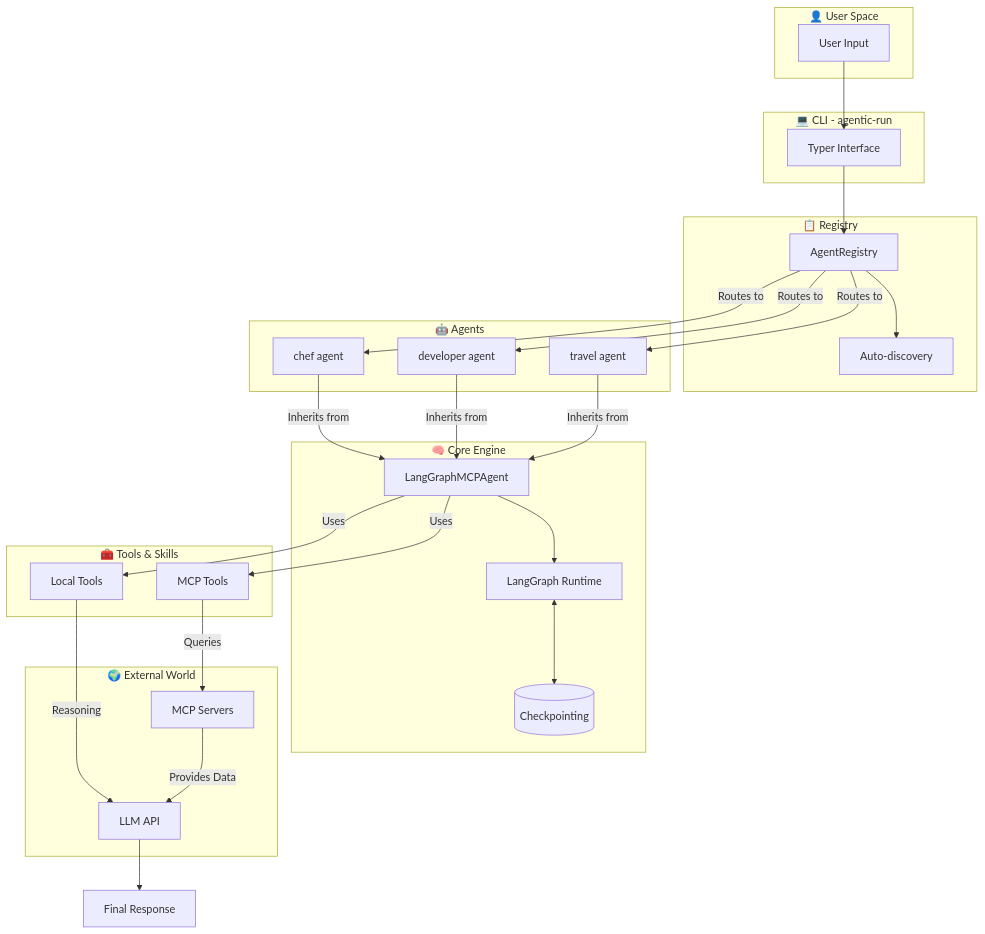
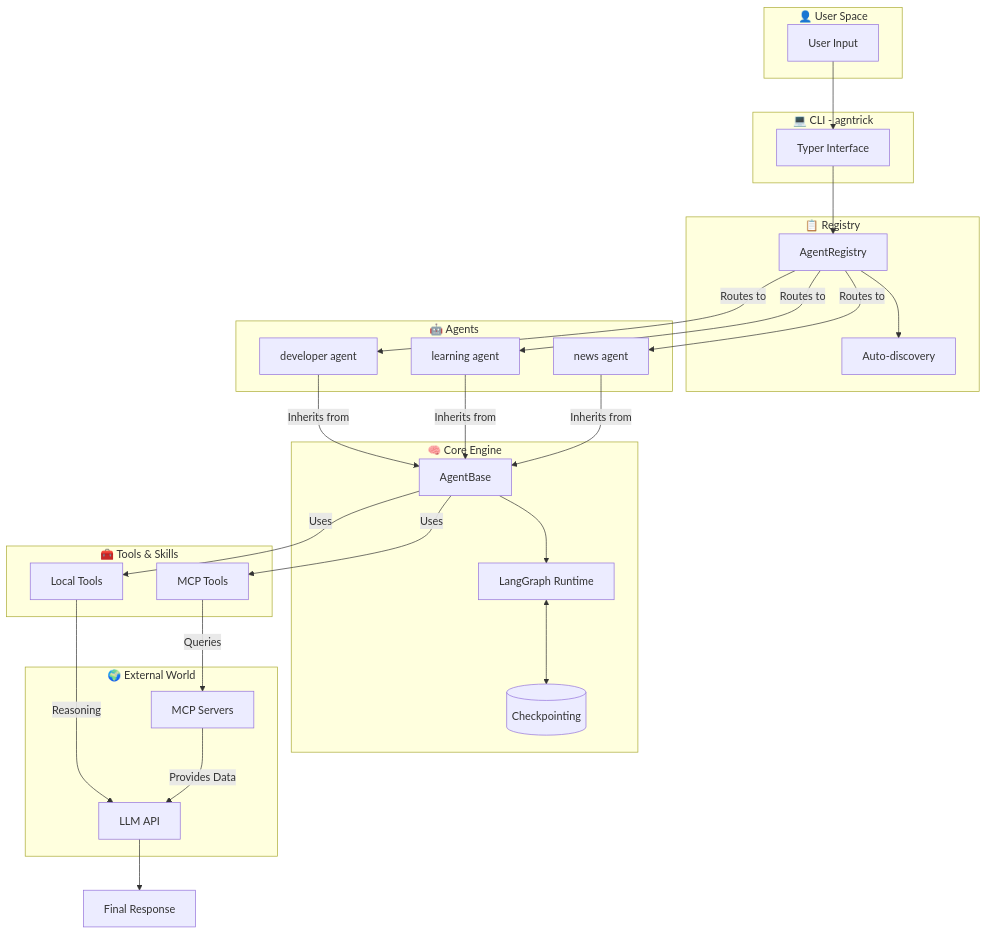
The diagram in README.md (jeancsil/agntrick), drawn with Mermaid before and after one commit. The commit also changed other lines of this file and 154 other files, not shown here.

First line of the commit message:
refactor: transform agentic-framework into agntrick library (v0.2.0) (#28)

````diff
--- a/README.md
+++ b/README.md
@@ -295,55 +307,55 @@
 ```mermaid
 flowchart TB
     subgraph User [👤 User Space]
         Input[User Input]
     end
 
-    subgraph CLI [💻 CLI - agentic-run]
+    subgraph CLI [💻 CLI - agntrick]
         Typer[Typer Interface]
     end
 
     subgraph Registry [📋 Registry]
         AR[AgentRegistry]
         AD[Auto-discovery]
     end
 
     subgraph Agents [🤖 Agents]
-        Chef[chef agent]
         Dev[developer agent]
-        Travel[travel agent]
+        Learning[learning agent]
+        News[news agent]
     end
 
     subgraph Core [🧠 Core Engine]
-        LGA[LangGraphMCPAgent]
+        AB[AgentBase]
         LG[LangGraph Runtime]
         CP[(Checkpointing)]
     end
 
     subgraph Tools [🧰 Tools & Skills]
         LT[Local Tools]
         MCP[MCP Tools]
     end
 
     subgraph External [🌍 External World]
         LLM[LLM API]
         MCPS[MCP Servers]
     end
 
     Input --> Typer
     Typer --> AR
     AR --> AD
-    AR -->|Routes to| Chef & Dev & Travel
+    AR -->|Routes to| Dev & Learning & News
 
-    Chef & Dev & Travel -->|Inherits from| LGA
+    Dev & Learning & News -->|Inherits from| AB
 
-    LGA --> LG
+    AB --> LG
     LG <--> CP
-    LGA -->|Uses| LT
-    LGA -->|Uses| MCP
+    AB -->|Uses| LT
+    AB -->|Uses| MCP
 
     LT -->|Reasoning| LLM
     MCP -->|Queries| MCPS
     MCPS -->|Provides Data| LLM
 
     LLM --> Output[Final Response]
 ```
````
